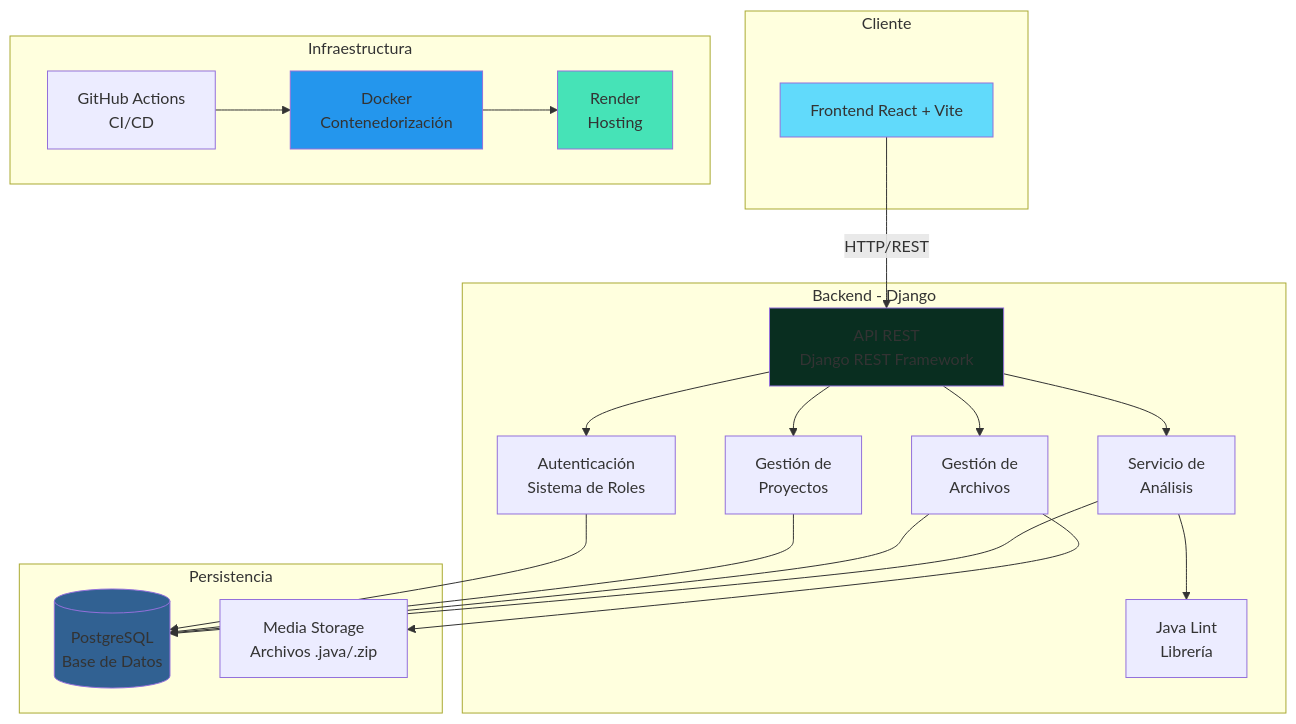
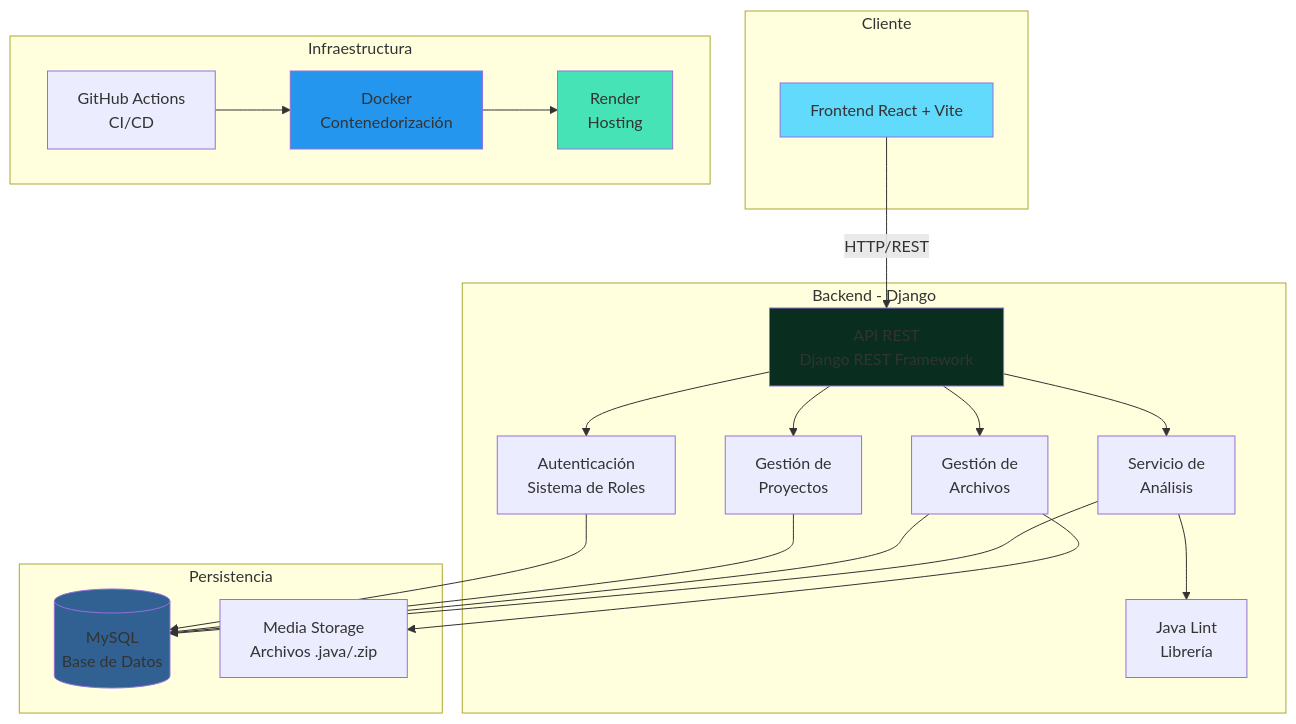
One commit to MiguelSP040/codemio_back changed the first of 16 diagrams in PROJECT_MAP.md. Above: the diagram before and after it, drawn with Mermaid. The commit also changed other lines of this file and 8 other files, not shown here.

Commit message:
refactor(database): migrate from PostgreSQL to MySQL, update configurations and documentation

````diff
--- a/PROJECT_MAP.md
+++ b/PROJECT_MAP.md
@@ -9,48 +9,48 @@
 ```mermaid
 graph TB
     subgraph "Cliente"
         FE[Frontend React + Vite]
     end
     
     subgraph "Backend - Django"
         API[API REST<br/>Django REST Framework]
         AUTH[Autenticación<br/>Sistema de Roles]
         PROJ[Gestión de<br/>Proyectos]
         FILE[Gestión de<br/>Archivos]
         ANAL[Servicio de<br/>Análisis]
         LINT[Java Lint<br/>Librería]
     end
     
     subgraph "Persistencia"
-        DB[(PostgreSQL<br/>Base de Datos)]
+        DB[(MySQL<br/>Base de Datos)]
         MEDIA[Media Storage<br/>Archivos .java/.zip]
     end
     
     subgraph "Infraestructura"
         DOCKER[Docker<br/>Contenedorización]
         GHA[GitHub Actions<br/>CI/CD]
         RENDER[Render<br/>Hosting]
     end
     
     FE -->|HTTP/REST| API
     API --> AUTH
     API --> PROJ
     API --> FILE
     API --> ANAL
     ANAL --> LINT
     
     AUTH --> DB
     PROJ --> DB
     FILE --> DB
     FILE --> MEDIA
     ANAL --> DB
     
     DOCKER --> RENDER
     GHA --> DOCKER
     
     style FE fill:#61dafb
     style API fill:#092E20
     style DB fill:#316192
     style DOCKER fill:#2496ED
     style RENDER fill:#46E3B7
 ```
````
